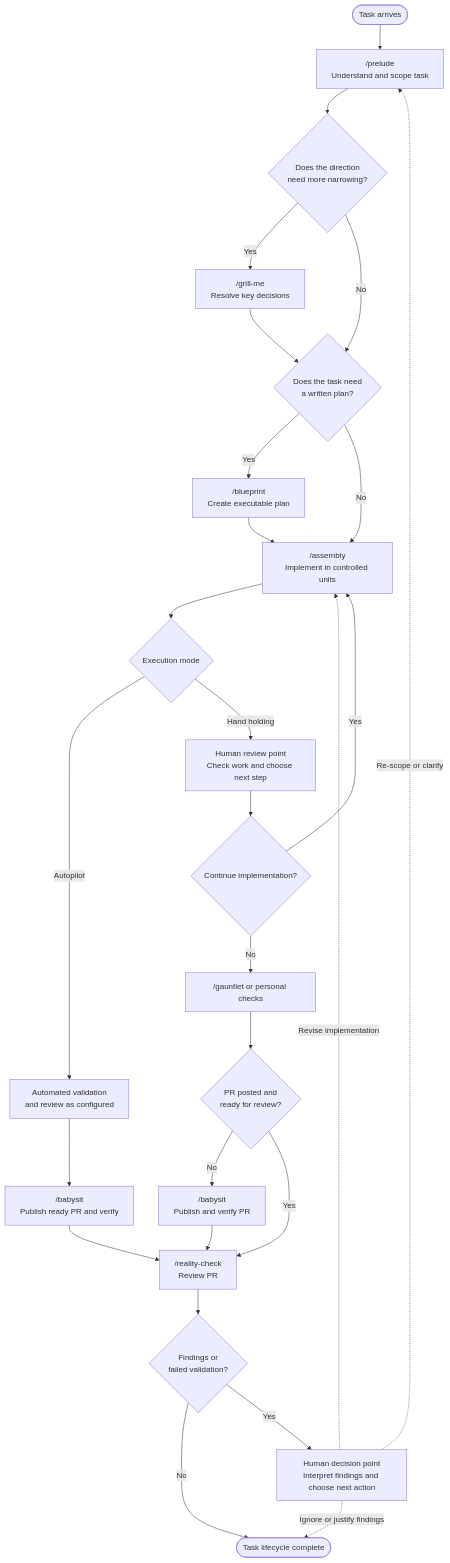
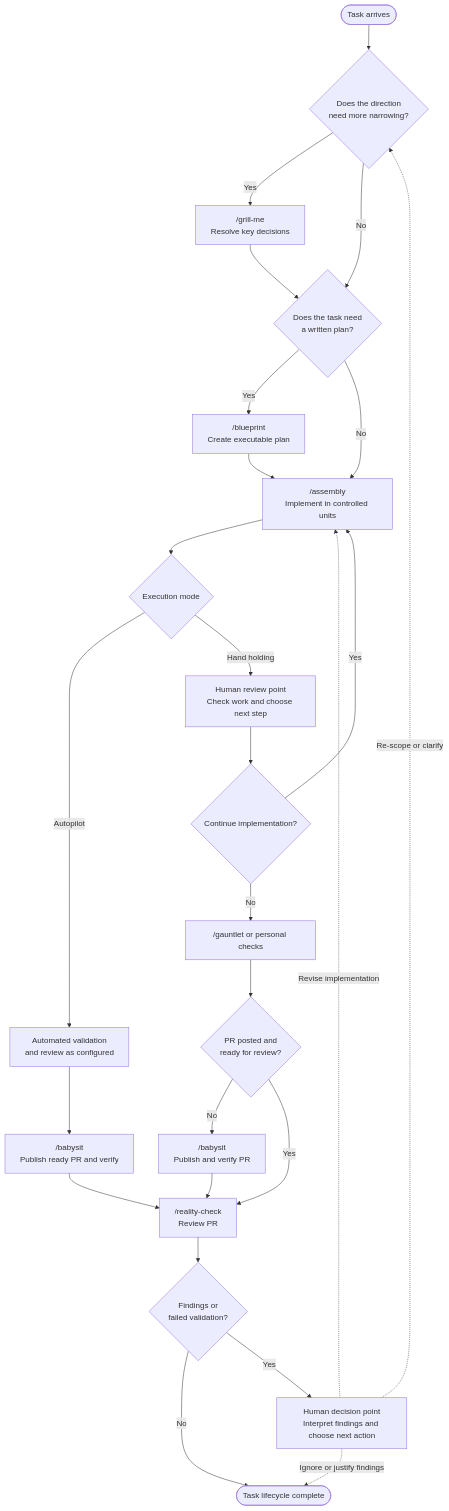
The diagram in docs/skills-lifecycle.md (laceyp99/skills), drawn with Mermaid before and after one commit. The commit also changed 11 other files, not shown here.

````diff
--- a/docs/skills-lifecycle.md
+++ b/docs/skills-lifecycle.md
@@ -5,35 +5,34 @@
 ```mermaid
 flowchart TD
-    START([Task arrives]) --> PRELUDE["/prelude<br/>Understand and scope task"]
-    PRELUDE --> NARROW{Does the direction<br/>need more narrowing?}
+    START([Task arrives]) --> NARROW{Does the direction<br/>need more narrowing?}
 
     NARROW -- Yes --> GRILL["/grill-me<br/>Resolve key decisions"]
     GRILL --> PLAN_DECISION
 
     NARROW -- No --> PLAN_DECISION{Does the task need<br/>a written plan?}
     PLAN_DECISION -- Yes --> BLUEPRINT["/blueprint<br/>Create executable plan"]
     PLAN_DECISION -- No --> ASSEMBLY["/assembly<br/>Implement in controlled units"]
     BLUEPRINT --> ASSEMBLY
 
     ASSEMBLY --> MODE{Execution mode}
     MODE -- Autopilot --> AUTO_VALIDATION[Automated validation<br/>and review as configured]
     AUTO_VALIDATION --> BABYSIT_AUTO["/babysit<br/>Publish ready PR and verify"]
 
     MODE -- Hand holding --> HUMAN[Human review point<br/>Check work and choose next step]
     HUMAN --> HAND_DECISION{Continue implementation?}
     HAND_DECISION -- Yes --> ASSEMBLY
     HAND_DECISION -- No --> HAND_REVIEW["/gauntlet or personal checks"]
     HAND_REVIEW --> POSTED{PR posted and<br/>ready for review?}
     POSTED -- No --> BABYSIT["/babysit<br/>Publish and verify PR"]
     POSTED -- Yes --> REALITY["/reality-check<br/>Review PR"]
 
     BABYSIT --> REALITY
     BABYSIT_AUTO --> REALITY
     REALITY --> FINDINGS{Findings or<br/>failed validation?}
 
     FINDINGS -- No --> DONE([Task lifecycle complete])
     FINDINGS -- Yes --> DECISION[Human decision point<br/>Interpret findings and choose next action]
-    DECISION -. Re-scope or clarify .-> PRELUDE
+    DECISION -. Re-scope or clarify .-> NARROW
     DECISION -. Revise implementation .-> ASSEMBLY
     DECISION -. Ignore or justify findings .-> DONE
 ```
````
